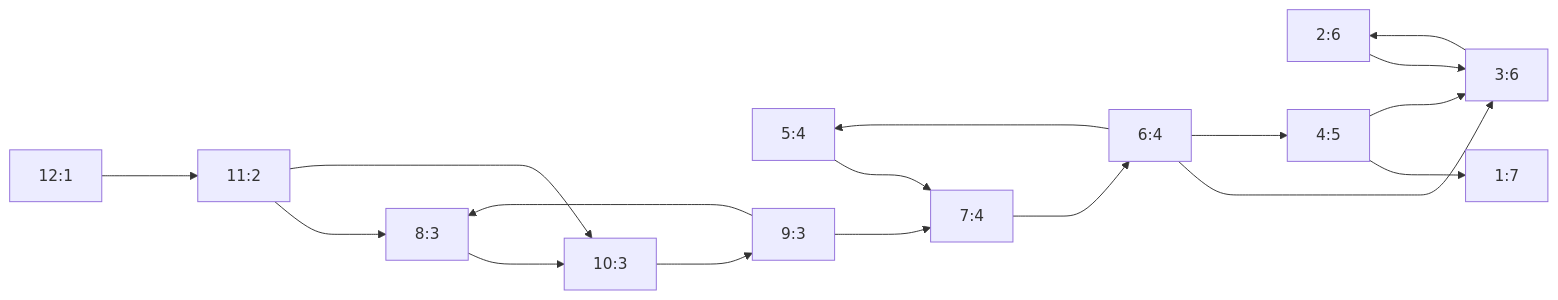
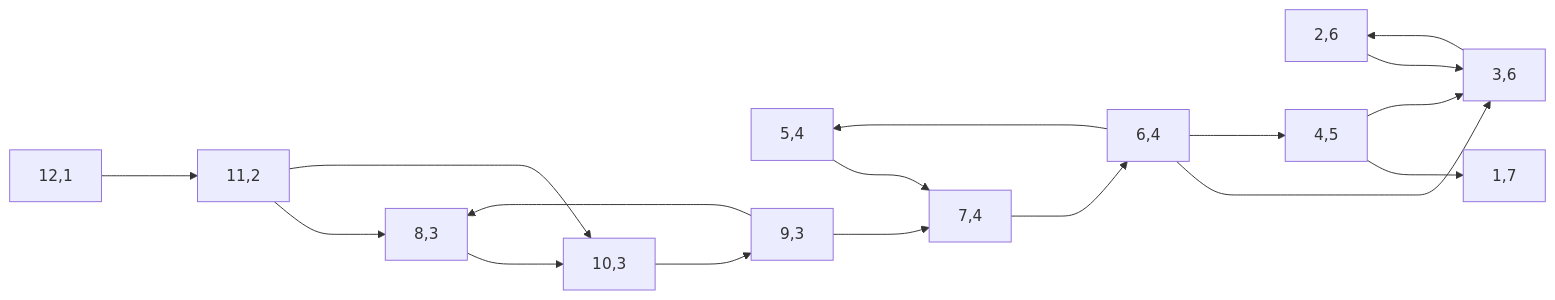
Diagram 22 of 24 in OI-ACM/Graph/graph.md (xtf0214/CPP), drawn with Mermaid before and after one commit. The commit also changed other lines of this file, not shown here.

Commit message:
图论可视化

````diff
--- a/OI-ACM/Graph/graph.md
+++ b/OI-ACM/Graph/graph.md
@@ -287,31 +313,31 @@
 ```mermaid
 flowchart LR
-1[1:7]
-2[2:6]
-3[3:6]
-4[4:5]
-5[5:4]
-6[6:4]
-7[7:4]
-8[8:3]
-9[9:3]
-10[10:3]
-11[11:2]
-12[12:1]
+1[1,7]
+2[2,6]
+3[3,6]
+4[4,5]
+5[5,4]
+6[6,4]
+7[7,4]
+8[8,3]
+9[9,3]
+10[10,3]
+11[11,2]
+12[12,1]
 2--->3
 3--->2
 4--->1
 4--->3
 5--->7
 6--->3
 6--->4
 6--->5
 7--->6
 8--->10
 9--->7
 9--->8
 10--->9
 11--->8
 11--->10
 12--->11
 ```
````
